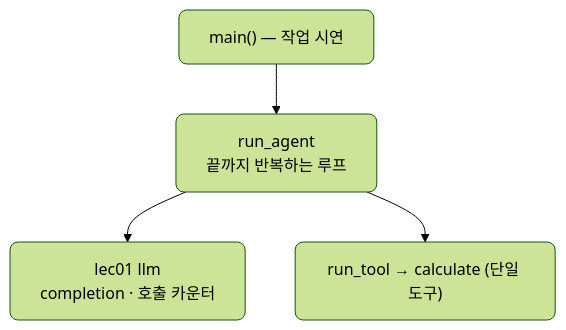
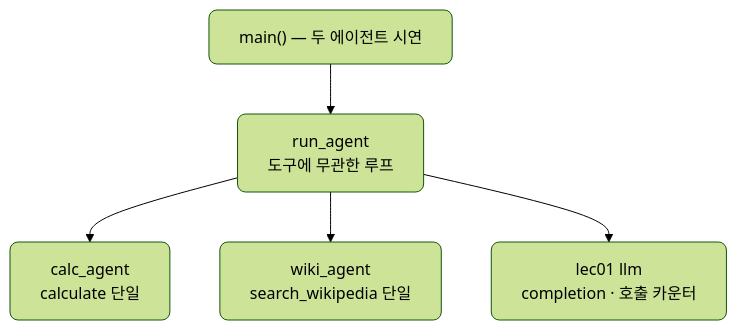
Before and after one commit to CodeCompose7/ai_service_engineering: the fifth of 5 diagrams in docs/section3/lec02/README.md, drawn with Mermaid (forest theme). The commit also changed other lines of this file and 2 other files, not shown here.

First line of the commit message:
lec02: 위키 검색 에이전트 추가, run_agent를 도구 무관 루프로

````diff
--- a/docs/section3/lec02/README.md
+++ b/docs/section3/lec02/README.md
@@ -64,8 +76,9 @@
 ```mermaid
 flowchart TB
-  MAIN["main() — 작업 시연"]
-  MAIN --> RA["run_agent<br/>끝까지 반복하는 루프"]
+  MAIN["main() — 두 에이전트 시연"]
+  MAIN --> RA["run_agent<br/>도구에 무관한 루프"]
+  RA --> CA["calc_agent<br/>calculate 단일"]
+  RA --> WA["wiki_agent<br/>search_wikipedia 단일"]
   RA --> LLM["lec01 llm<br/>completion · 호출 카운터"]
-  RA --> RT["run_tool → calculate (단일 도구)"]
   classDef default rx:8,ry:8;
 ```
````
